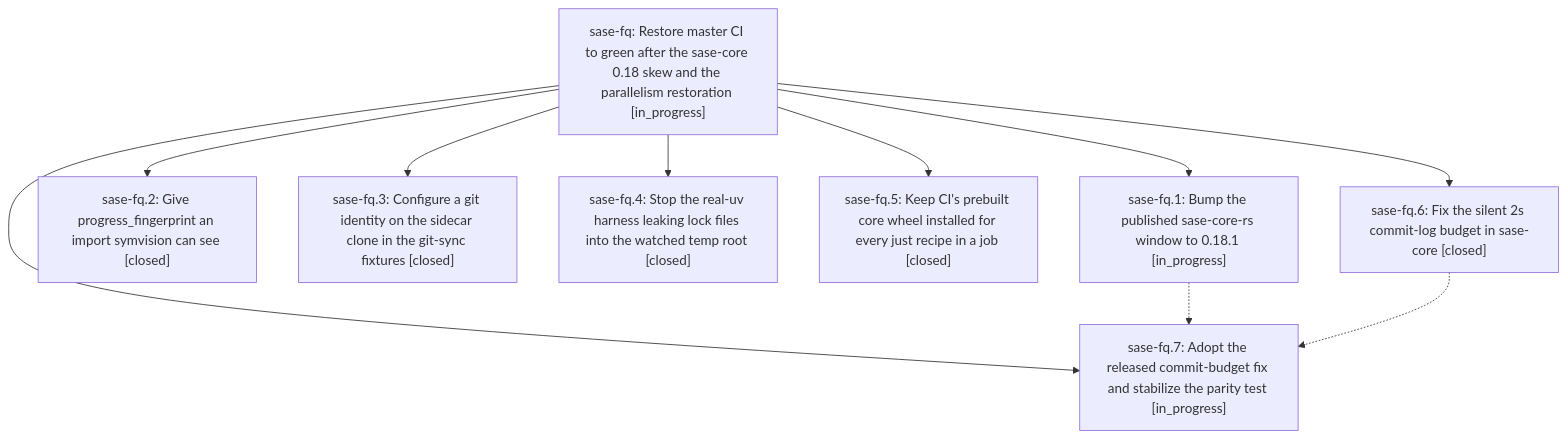
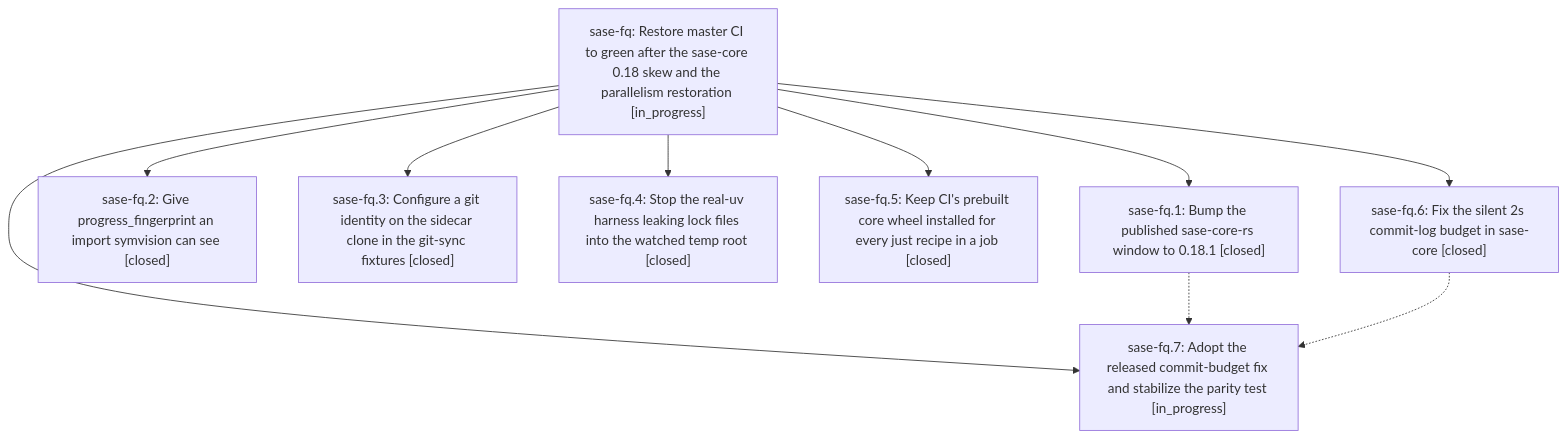
One commit to sase-org/sase--beads changed the diagram in pages/sase-fq/README.md. Above: the diagram before and after it, drawn with Mermaid. The commit also changed other lines of this file and 2 other files, not shown here.

First line of the commit message:
chore(beads): sync bead state and pages for sase-fq

````diff
--- a/pages/sase-fq/README.md
+++ b/pages/sase-fq/README.md
@@ -28,20 +28,20 @@
 ```mermaid
 flowchart TD
     n0["sase-fq: Restore master CI to green after the sase-core 0.18 skew and the parallelism restoration [in_progress]"]
-    n1["sase-fq.1: Bump the published sase-core-rs window to 0.18.1 [in_progress]"]
+    n1["sase-fq.1: Bump the published sase-core-rs window to 0.18.1 [closed]"]
     n2["sase-fq.2: Give progress_fingerprint an import symvision can see [closed]"]
     n3["sase-fq.3: Configure a git identity on the sidecar clone in the git-sync fixtures [closed]"]
     n4["sase-fq.4: Stop the real-uv harness leaking lock files into the watched temp root [closed]"]
     n5["sase-fq.5: Keep CI's prebuilt core wheel installed for every just recipe in a job [closed]"]
     n6["sase-fq.6: Fix the silent 2s commit-log budget in sase-core [closed]"]
     n7["sase-fq.7: Adopt the released commit-budget fix and stabilize the parity test [in_progress]"]
     n0 --> n1
     n0 --> n2
     n0 --> n3
     n0 --> n4
     n0 --> n5
     n0 --> n6
     n0 --> n7
     n1 -.-> n7
     n6 -.-> n7
 ```
````
